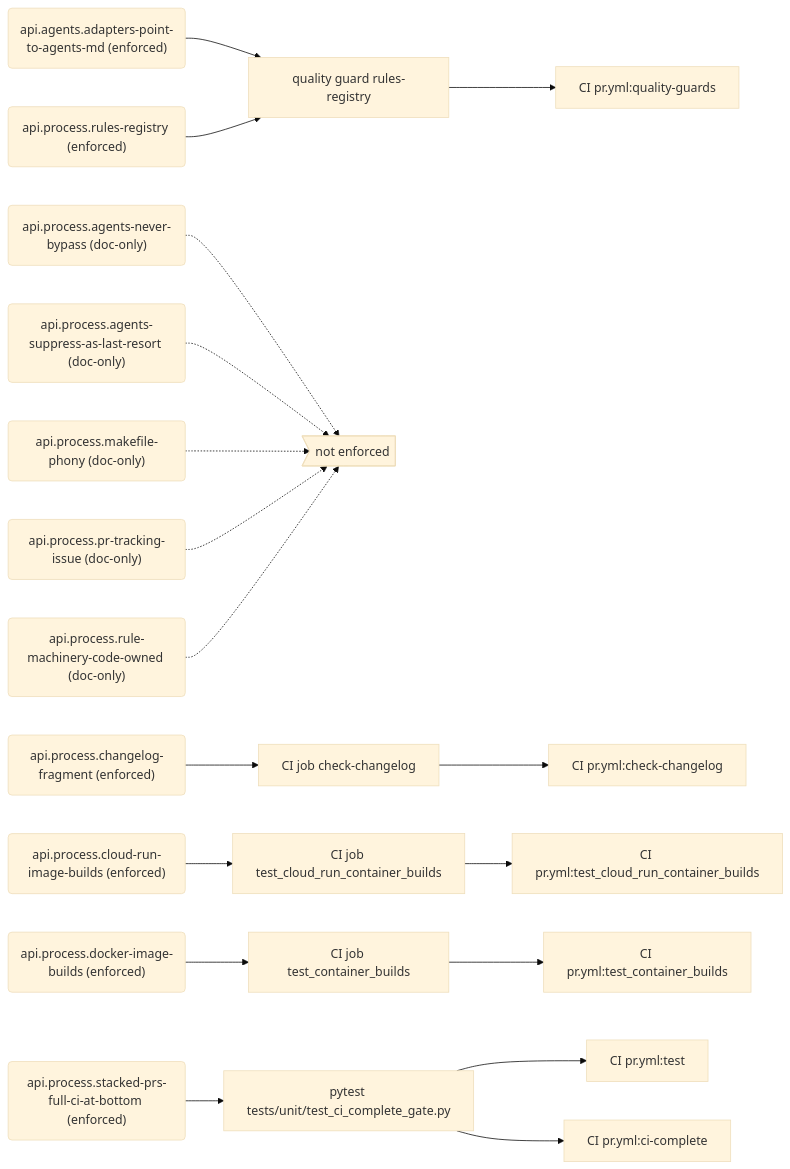
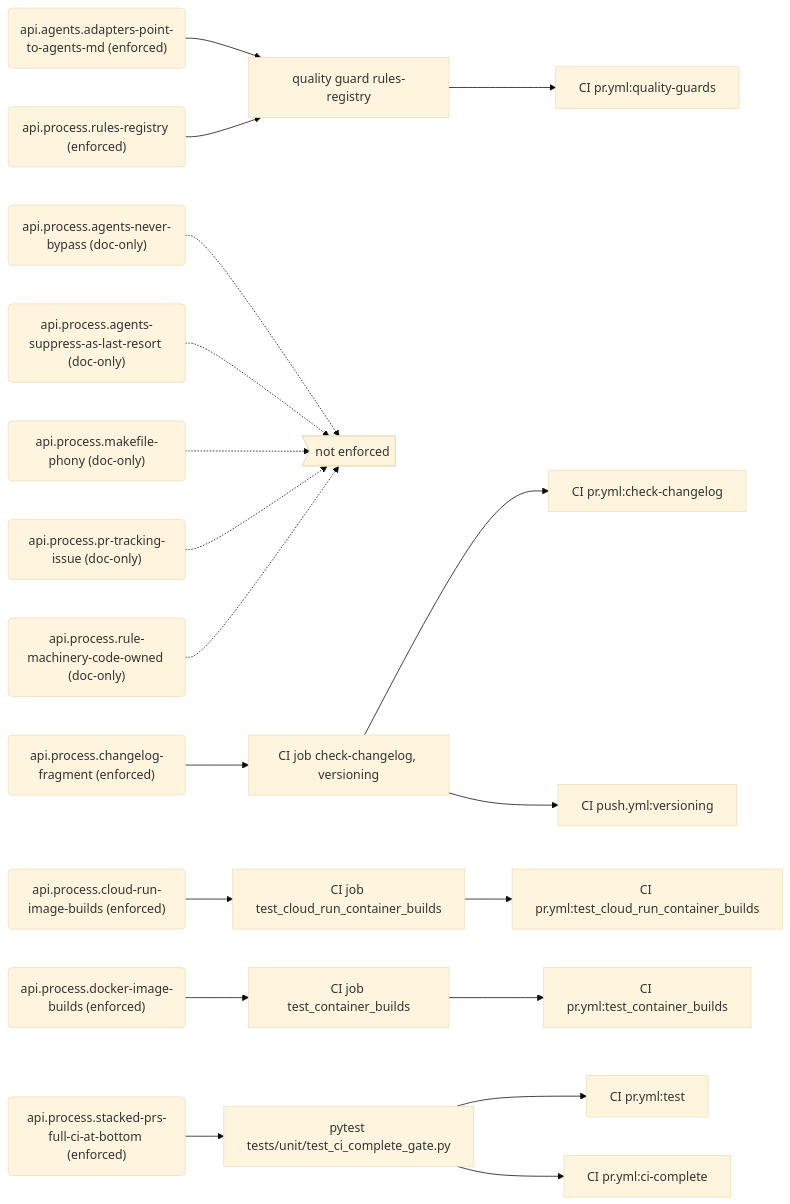
Before and after one commit to PolicyEngine/policyengine-api: diagram 11 of 11 in docs/generated/rules.md, drawn with Mermaid (base theme). The commit also changed other lines of this file and 6 other files, not shown here.

First line of the commit message:
Describe the stricter changelog fragment rule and its exact form

````diff
--- a/docs/generated/rules.md
+++ b/docs/generated/rules.md
@@ -482,43 +482,45 @@
 ```mermaid
 flowchart LR
   r_api_agents_adapters_point_to_agents_md("api.agents.adapters-point-to-agents-md (enforced)")
   e_quality_guard_rules_registry["quality guard rules-registry"]
   j_CI_pr_yml_quality_guards["CI pr.yml:quality-guards"]
   r_api_process_agents_never_bypass("api.process.agents-never-bypass (doc-only)")
   gap_unenforced>"not enforced"]
   r_api_process_agents_suppress_as_last_resort("api.process.agents-suppress-as-last-resort (doc-only)")
   r_api_process_changelog_fragment("api.process.changelog-fragment (enforced)")
-  e_CI_job_check_changelog["CI job check-changelog"]
+  e_CI_job_check_changelog__versioning["CI job check-changelog, versioning"]
   j_CI_pr_yml_check_changelog["CI pr.yml:check-changelog"]
+  j_CI_push_yml_versioning["CI push.yml:versioning"]
   r_api_process_cloud_run_image_builds("api.process.cloud-run-image-builds (enforced)")
   e_CI_job_test_cloud_run_container_builds["CI job test_cloud_run_container_builds"]
   j_CI_pr_yml_test_cloud_run_container_builds["CI pr.yml:test_cloud_run_container_builds"]
   r_api_process_docker_image_builds("api.process.docker-image-builds (enforced)")
   e_CI_job_test_container_builds["CI job test_container_builds"]
   j_CI_pr_yml_test_container_builds["CI pr.yml:test_container_builds"]
   r_api_process_makefile_phony("api.process.makefile-phony (doc-only)")
   r_api_process_pr_tracking_issue("api.process.pr-tracking-issue (doc-only)")
   r_api_process_rule_machinery_code_owned("api.process.rule-machinery-code-owned (doc-only)")
   r_api_process_rules_registry("api.process.rules-registry (enforced)")
   r_api_process_stacked_prs_full_ci_at_bottom("api.process.stacked-prs-full-ci-at-bottom (enforced)")
   e_pytest_tests_unit_test_ci_complete_gate_py["pytest tests/unit/test_ci_complete_gate.py"]
   j_CI_pr_yml_test["CI pr.yml:test"]
   j_CI_pr_yml_ci_complete["CI pr.yml:ci-complete"]
   r_api_agents_adapters_point_to_agents_md --> e_quality_guard_rules_registry
   e_quality_guard_rules_registry --> j_CI_pr_yml_quality_guards
   r_api_process_agents_never_bypass -.-> gap_unenforced
   r_api_process_agents_suppress_as_last_resort -.-> gap_unenforced
-  r_api_process_changelog_fragment --> e_CI_job_check_changelog
-  e_CI_job_check_changelog --> j_CI_pr_yml_check_changelog
+  r_api_process_changelog_fragment --> e_CI_job_check_changelog__versioning
+  e_CI_job_check_changelog__versioning --> j_CI_pr_yml_check_changelog
+  e_CI_job_check_changelog__versioning --> j_CI_push_yml_versioning
   r_api_process_cloud_run_image_builds --> e_CI_job_test_cloud_run_container_builds
   e_CI_job_test_cloud_run_container_builds --> j_CI_pr_yml_test_cloud_run_container_builds
   r_api_process_docker_image_builds --> e_CI_job_test_container_builds
   e_CI_job_test_container_builds --> j_CI_pr_yml_test_container_builds
   r_api_process_makefile_phony -.-> gap_unenforced
   r_api_process_pr_tracking_issue -.-> gap_unenforced
   r_api_process_rule_machinery_code_owned -.-> gap_unenforced
   r_api_process_rules_registry --> e_quality_guard_rules_registry
   r_api_process_stacked_prs_full_ci_at_bottom --> e_pytest_tests_unit_test_ci_complete_gate_py
   e_pytest_tests_unit_test_ci_complete_gate_py --> j_CI_pr_yml_test
   e_pytest_tests_unit_test_ci_complete_gate_py --> j_CI_pr_yml_ci_complete
 ```
````
